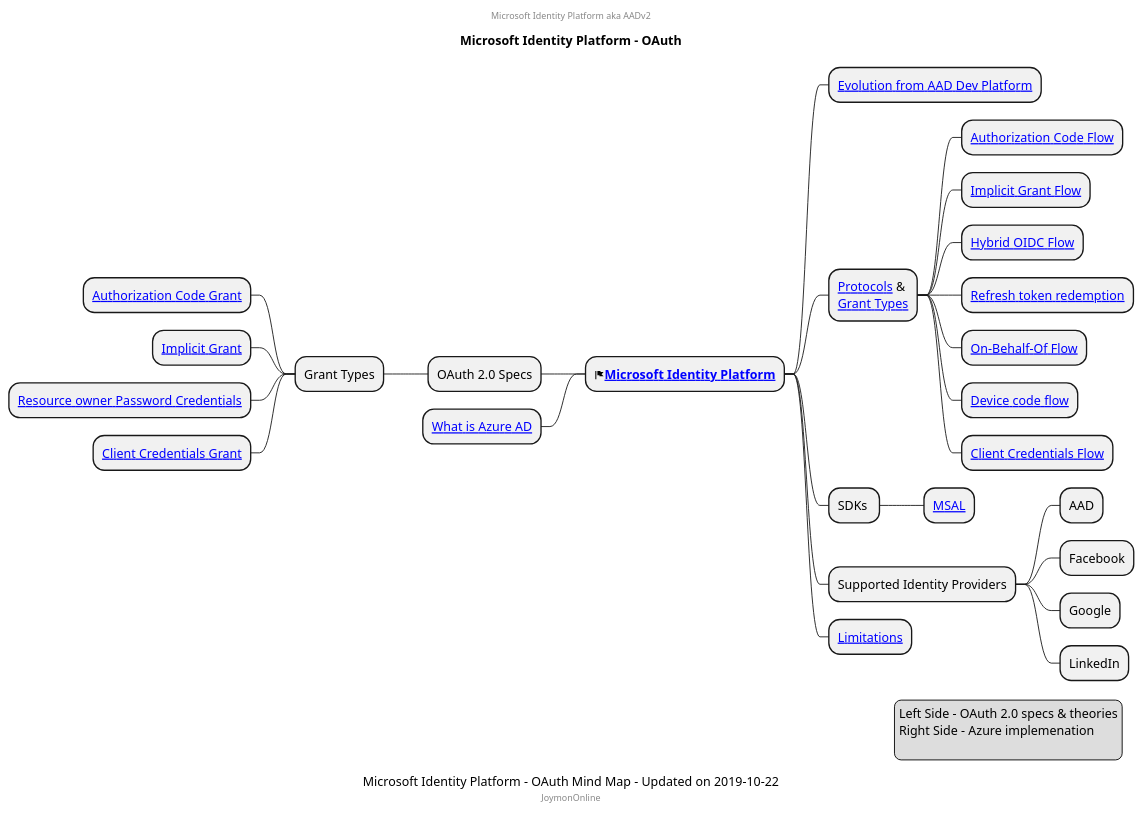
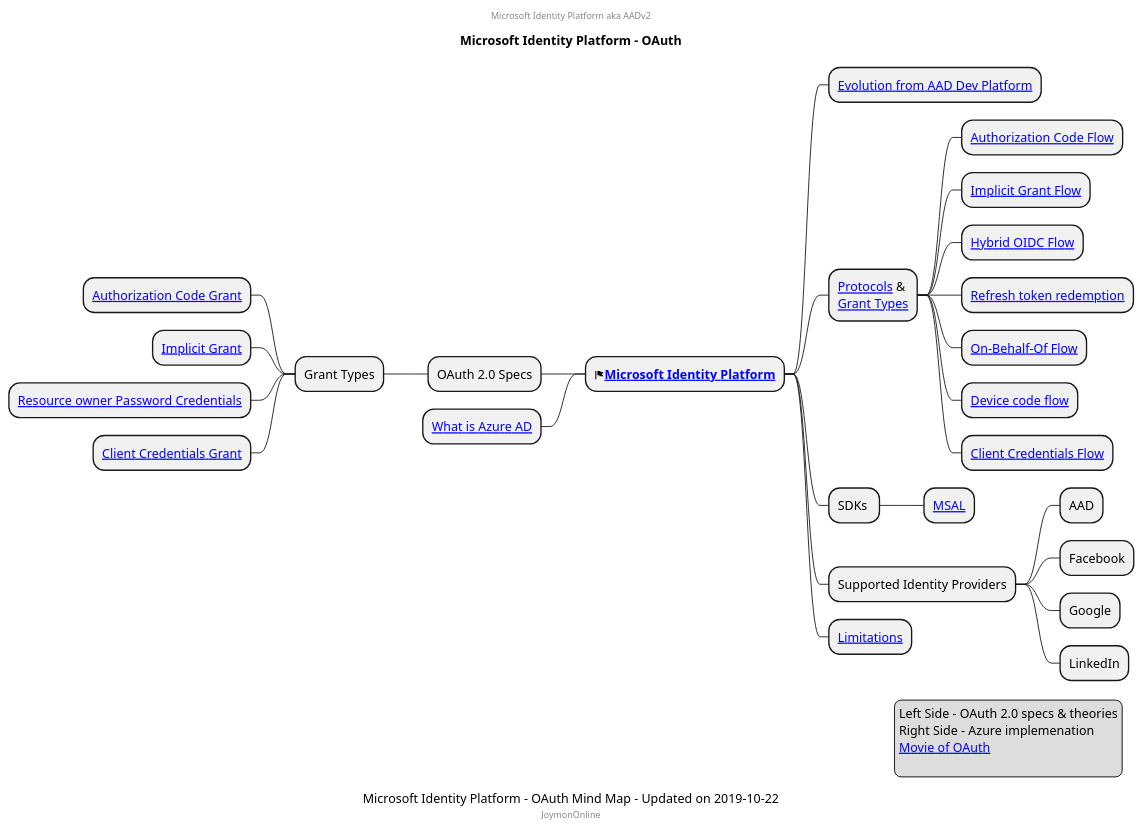
One commit to mind-maps/software changed the diagram in cloud/Azure/microsoft-identity-platform-oauth.puml. Above: the diagram before and after it, drawn with PlantUML. The commit also changed 1 other file, not shown here.

Commit message:
Changes to performance and link to OAuth

```diff
--- a/cloud/Azure/microsoft-identity-platform-oauth.puml
+++ b/cloud/Azure/microsoft-identity-platform-oauth.puml
@@ -1,42 +1,43 @@
 @startmindmap
 caption Microsoft Identity Platform - OAuth Mind Map - Updated on 2019-10-22
 title Microsoft Identity Platform - OAuth
 center header
 Microsoft Identity Platform aka AADv2
 endheader
 
 * <&flag><b>[[https://docs.microsoft.com/en-us/azure/active-directory/develop/ Microsoft Identity Platform]]</b>
 ** [[https://docs.microsoft.com/en-us/azure/active-directory/develop/about-microsoft-identity-platform Evolution from AAD Dev Platform]]
 ** [[https://docs.microsoft.com/en-us/azure/active-directory/develop/active-directory-v2-protocols Protocols]] & \n[[https://docs.microsoft.com/en-us/azure/active-directory/develop/authentication-scenarios Grant Types]]
 *** [[https://docs.microsoft.com/en-us/azure/active-directory/develop/v2-oauth2-auth-code-flow Authorization Code Flow]]
 *** [[https://docs.microsoft.com/en-us/azure/active-directory/develop/v2-oauth2-implicit-grant-flow Implicit Grant Flow]]
 *** [[https://docs.microsoft.com/en-us/azure/active-directory/develop/v2-protocols-oidc#get-access-tokens Hybrid OIDC Flow]]
 *** [[https://docs.microsoft.com/en-us/azure/active-directory/develop/v2-oauth2-auth-code-flow#refresh-the-access-token Refresh token redemption]]
 *** [[https://docs.microsoft.com/en-us/azure/active-directory/develop/v2-oauth2-on-behalf-of-flow On-Behalf-Of Flow]]
 *** [[https://docs.microsoft.com/en-us/azure/active-directory/develop/v2-oauth2-device-code Device code flow]]
 *** [[https://docs.microsoft.com/en-us/azure/active-directory/develop/v2-oauth2-client-creds-grant-flow Client Credentials Flow]]
 ** SDKs 
 *** [[https://docs.microsoft.com/en-us/azure/active-directory/develop/reference-v2-libraries MSAL]]
 ** Supported Identity Providers
 *** AAD
 *** Facebook
 *** Google
 *** LinkedIn
 ** [[https://docs.microsoft.com/en-us/azure/active-directory/develop/azure-ad-endpoint-comparison#limitations Limitations]]
 left side
 ** OAuth 2.0 Specs
 *** Grant Types
 **** [[https://tools.ietf.org/html/rfc6749#page-24 Authorization Code Grant]]
 **** [[https://tools.ietf.org/html/rfc6749#page-31 Implicit Grant]]
 **** [[https://tools.ietf.org/html/rfc6749#page-37 Resource owner Password Credentials]]
 **** [[https://tools.ietf.org/html/rfc6749#page-40 Client Credentials Grant]]
 ** [[https://docs.microsoft.com/en-us/azure/active-directory/fundamentals/active-directory-whatis What is Azure AD]]
 center footer JoymonOnline
 
 legend right
   Left Side - OAuth 2.0 specs & theories
   Right Side - Azure implemenation
+  [[https://medium.com/@darutk/diagrams-and-movies-of-all-the-oauth-2-0-flows-194f3c3ade85 Movie of OAuth]]
   
 endlegend
 
 @endmindmap
```
